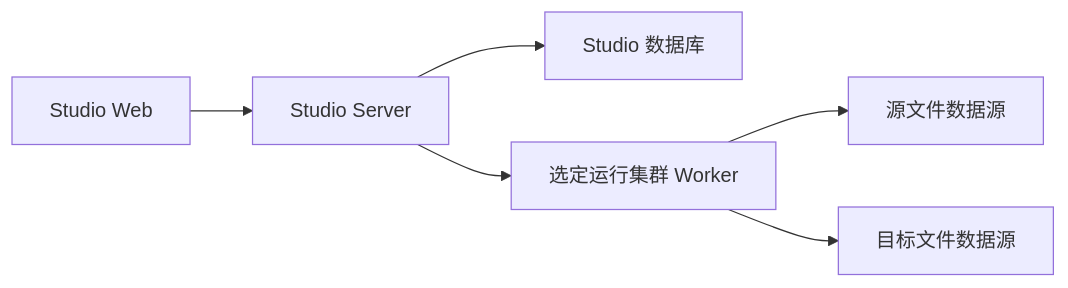
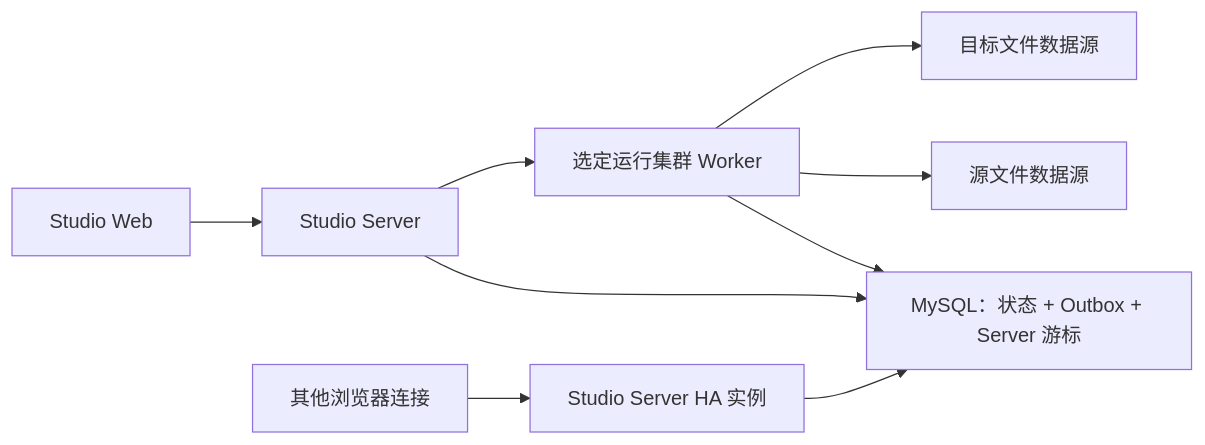
One commit to wdragondragon/data-aggregation-studio changed the diagram in docs/运维/部署/studio-file-transfer-deployment.md. Above: the diagram before and after it, drawn with Mermaid. The commit also changed other lines of this file and 5 other files, not shown here.

````diff
--- a/docs/运维/部署/studio-file-transfer-deployment.md
+++ b/docs/运维/部署/studio-file-transfer-deployment.md
@@ -9,8 +9,11 @@
 ```mermaid
 flowchart LR
     UI["Studio Web"] --> S["Studio Server"]
-    S --> DB["Studio 数据库"]
+    UI2["其他浏览器连接"] --> S2["Studio Server HA 实例"]
+    S --> DB["MySQL：状态 + Outbox + Server 游标"]
+    S2 --> DB
     S --> W["选定运行集群 Worker"]
+    W --> DB
     W --> SRC["源文件数据源"]
     W --> DST["目标文件数据源"]
 ```
````
